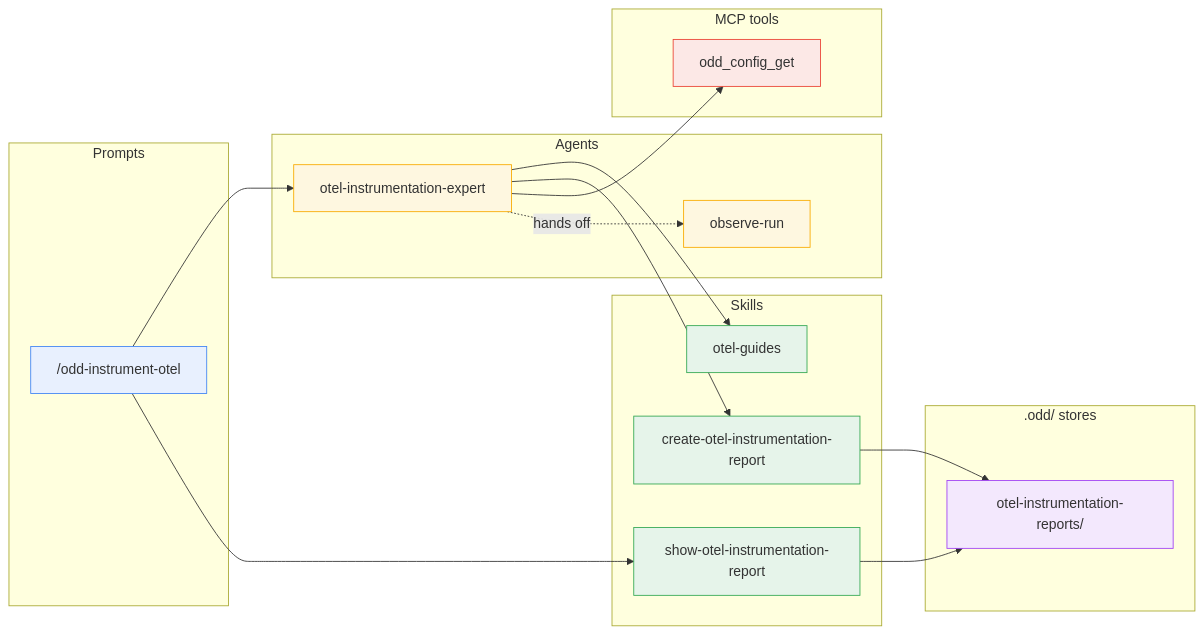
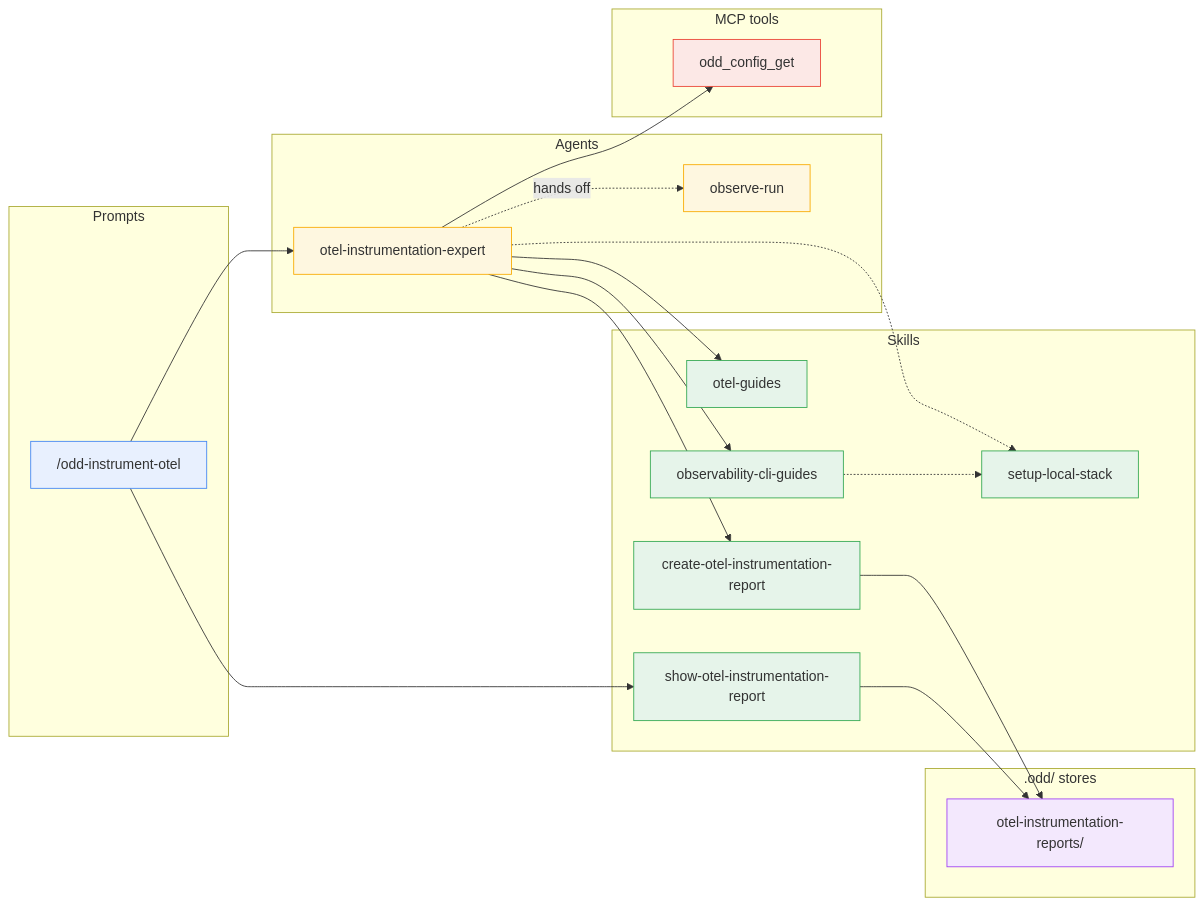
The first of 7 diagrams in docs/guide/dependencies.md (using-system/oddyssey), drawn with Mermaid before and after one commit. The commit also changed other lines of this file and 4 other files, not shown here.

````diff
--- a/docs/guide/dependencies.md
+++ b/docs/guide/dependencies.md
@@ -33,45 +36,50 @@
 ```mermaid
 flowchart LR
   subgraph Prompts
     instrument["/odd-instrument-otel"]
   end
 
   subgraph Agents
     expert[otel-instrumentation-expert]
     runner[observe-run]
   end
 
   subgraph Skills
     og[otel-guides]
+    ocg[observability-cli-guides]
+    sls[setup-local-stack]
     coir[create-otel-instrumentation-report]
     soir[show-otel-instrumentation-report]
   end
 
   subgraph MCP["MCP tools"]
     cfgget[odd_config_get]
   end
 
   subgraph Stores[".odd/ stores"]
     insdir[otel-instrumentation-reports/]
   end
 
   instrument --> expert
   instrument --> soir
   expert --> og
+  expert --> ocg
+  expert -.-> sls
   expert --> coir
   expert --> cfgget
   expert -. hands off .-> runner
+  ocg -.-> sls
   coir --> insdir
   soir --> insdir
 
   classDef prompt fill:#e8f0fe,stroke:#4285f4
   classDef agent fill:#fef7e0,stroke:#f9ab00
   classDef skill fill:#e6f4ea,stroke:#34a853
   classDef mcp fill:#fce8e6,stroke:#ea4335
   classDef store fill:#f3e8fd,stroke:#a142f4
   class instrument prompt
   class expert,runner agent
-  class og,coir,soir skill
+  class og,ocg,sls,coir,soir skill
   class cfgget mcp
   class insdir store
 ```
````
